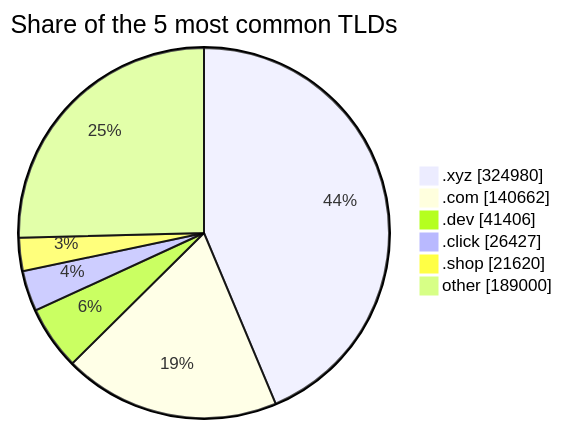
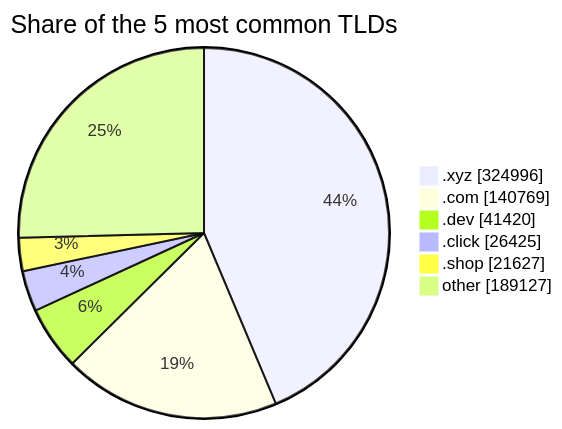
One commit to DNSBunker/CTI changed the third of 3 diagrams in README.md. Above: the diagram before and after it, drawn with Mermaid. The commit also changed other lines of this file and 3 other files, not shown here.

````diff
--- a/README.md
+++ b/README.md
@@ -81,9 +81,9 @@
 ```mermaid
 pie showData title Share of the 5 most common TLDs
-    ".xyz" : 324980
-    ".com" : 140662
-    ".dev" : 41406
-    ".click" : 26427
-    ".shop" : 21620
-    "other" : 189000
+    ".xyz" : 324996
+    ".com" : 140769
+    ".dev" : 41420
+    ".click" : 26425
+    ".shop" : 21627
+    "other" : 189127
 ```
````
